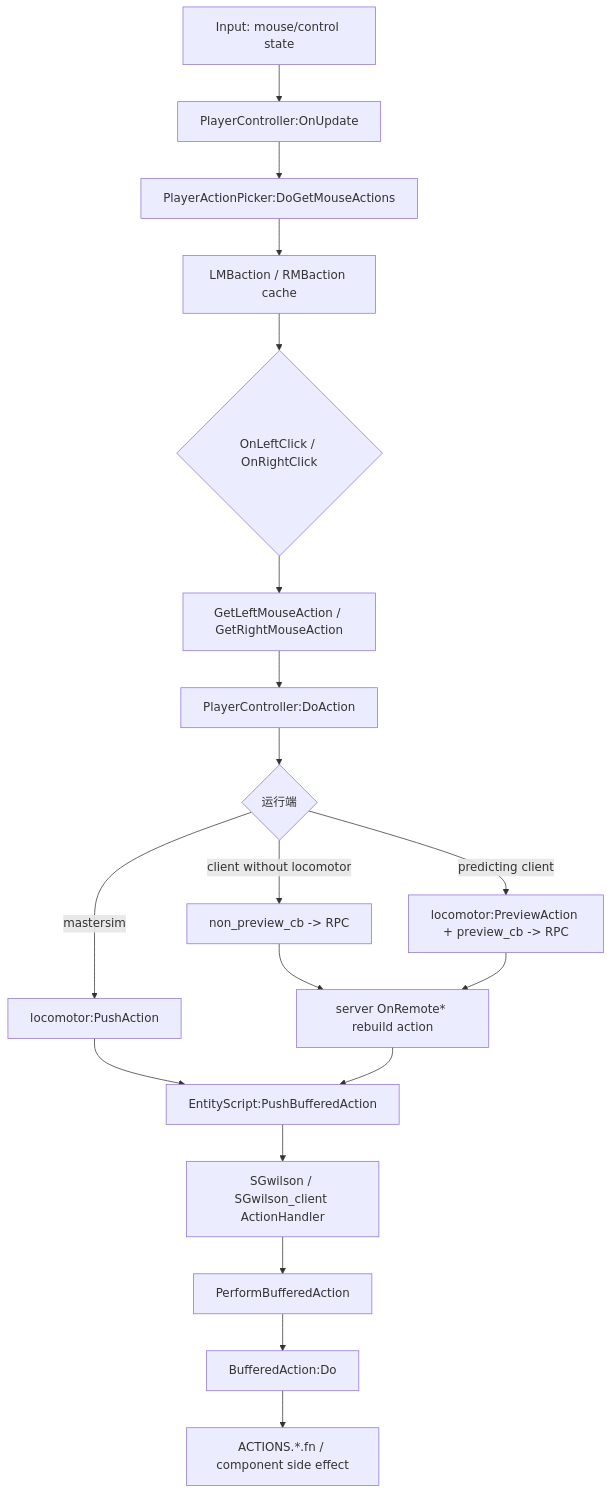
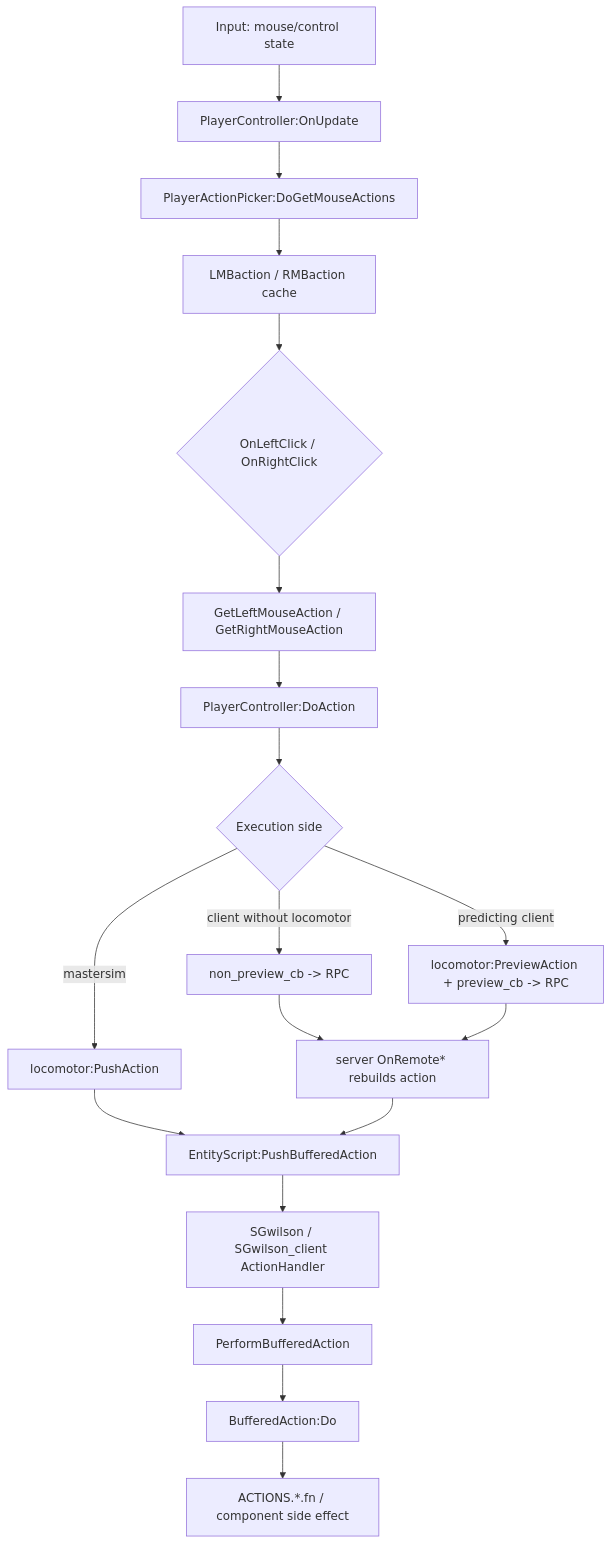
The diagram in dst-scripts/index/0x3000-entity-action/0x3200-action-pipeline/0x3203-player-input-action.md (LetsStarveTogether/dst-server), drawn with Mermaid before and after one commit. The commit also changed other lines of this file and 83 other files, not shown here.

```diff
--- a/dst-scripts/index/0x3000-entity-action/0x3200-action-pipeline/0x3203-player-input-action.md
+++ b/dst-scripts/index/0x3000-entity-action/0x3200-action-pipeline/0x3203-player-input-action.md
@@ -48,22 +50,22 @@
 ~~~mermaid
 flowchart TD
     A["Input: mouse/control state"]
     A --> B["PlayerController:OnUpdate"]
     B --> C["PlayerActionPicker:DoGetMouseActions"]
     C --> D["LMBaction / RMBaction cache"]
     D --> E{"OnLeftClick / OnRightClick"}
     E --> F["GetLeftMouseAction / GetRightMouseAction"]
     F --> G["PlayerController:DoAction"]
-    G --> H{"运行端"}
+    G --> H{"Execution side"}
     H -->|mastersim| I["locomotor:PushAction"]
     H -->|client without locomotor| J["non_preview_cb -> RPC"]
     H -->|predicting client| K["locomotor:PreviewAction + preview_cb -> RPC"]
     I --> L["EntityScript:PushBufferedAction"]
-    J --> M["server OnRemote* rebuild action"]
+    J --> M["server OnRemote* rebuilds action"]
     K --> M
     M --> L
     L --> N["SGwilson / SGwilson_client ActionHandler"]
     N --> O["PerformBufferedAction"]
     O --> P["BufferedAction:Do"]
     P --> Q["ACTIONS.*.fn / component side effect"]
 ~~~
```
